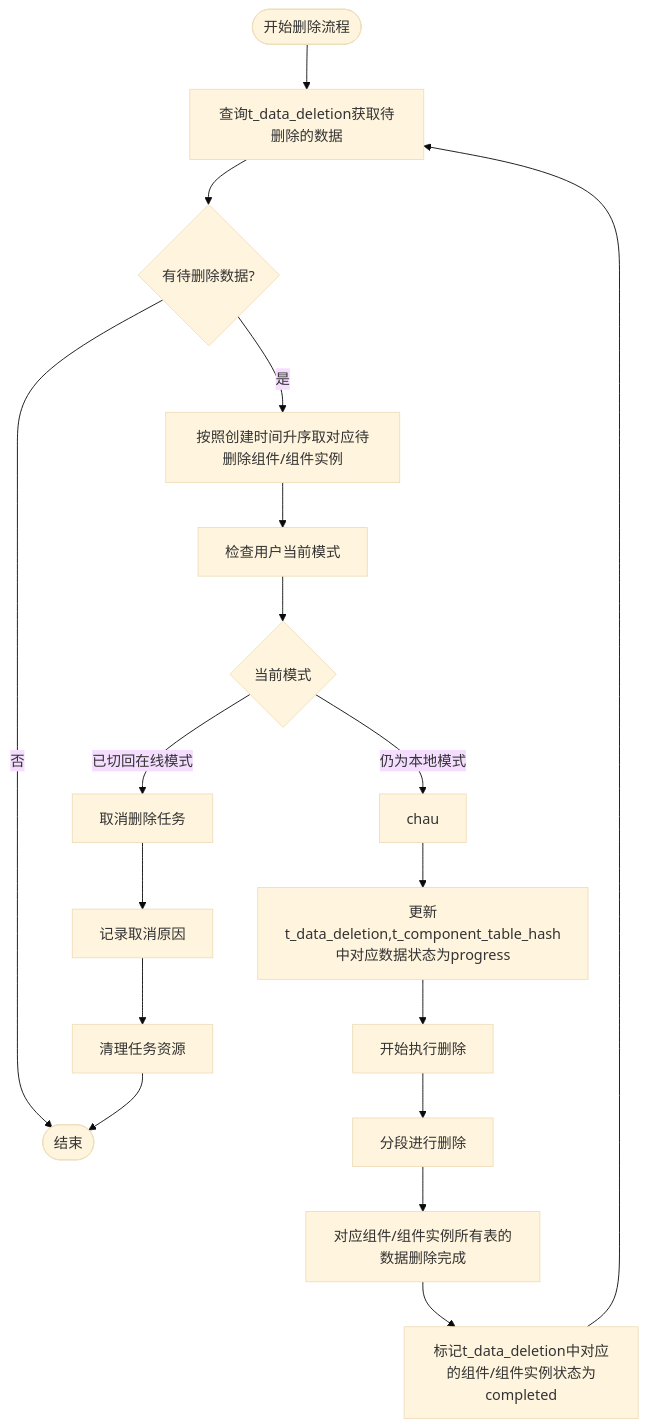
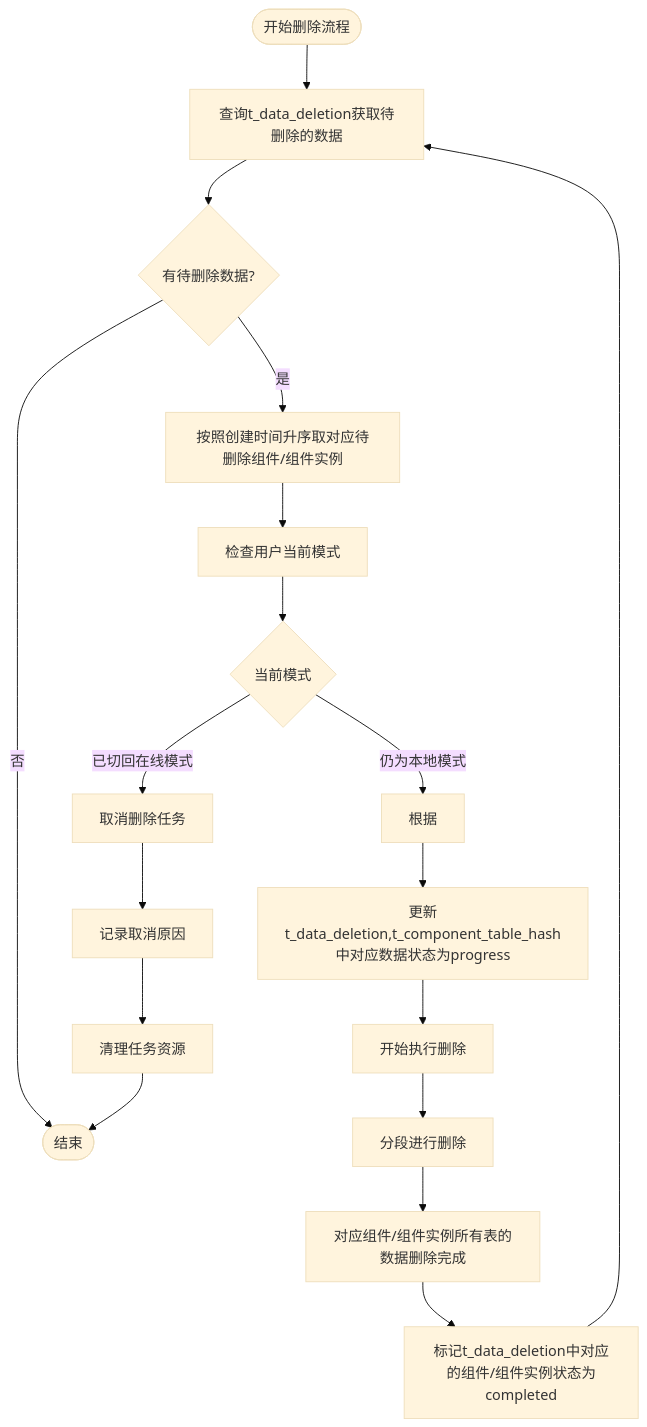
The diagram in all/未命名-51.md (yingjianzh/iodraw-files), drawn with Mermaid (base theme) before and after one commit.

Commit message:
2025-05-08 15:44:26 update

````diff
--- a/all/未命名-51.md
+++ b/all/未命名-51.md
@@ -1,28 +1,28 @@
 ```mermaid
 flowchart TD
     Start([开始删除流程]) --> FetchTasks[查询t_data_deletion获取待删除的数据]
     FetchTasks --> HasTasks{有待删除数据?}
     
     HasTasks -->|否| End([结束])
     HasTasks -->|是| PrioritizeTasks[按照创建时间升序取对应待删除组件/组件实例]
     
     PrioritizeTasks --> CheckUserMode[检查用户当前模式]
     
     CheckUserMode --> CurrentMode{当前模式}
     CurrentMode -->|已切回在线模式| TaskCancel[取消删除任务]
-    CurrentMode -->|仍为本地模式| LockTask[chau]
+    CurrentMode -->|仍为本地模式| LockTask[根据]
     
     LockTask --> UpdateStatus[更新t_data_deletion,t_component_table_hash中对应数据状态为progress]
     UpdateStatus --> BeginDeletion[开始执行删除]
     
     BeginDeletion --> A[分段进行删除]
     
     A --> B[对应组件/组件实例所有表的数据删除完成]
     B --> MarkCompleted[标记t_data_deletion中对应的组件/组件实例状态为completed]
     
     TaskCancel --> LogCancellation[记录取消原因]
     LogCancellation --> CleanupTask[清理任务资源]
     
     MarkCompleted --> FetchTasks
     CleanupTask --> End
 ```
````
